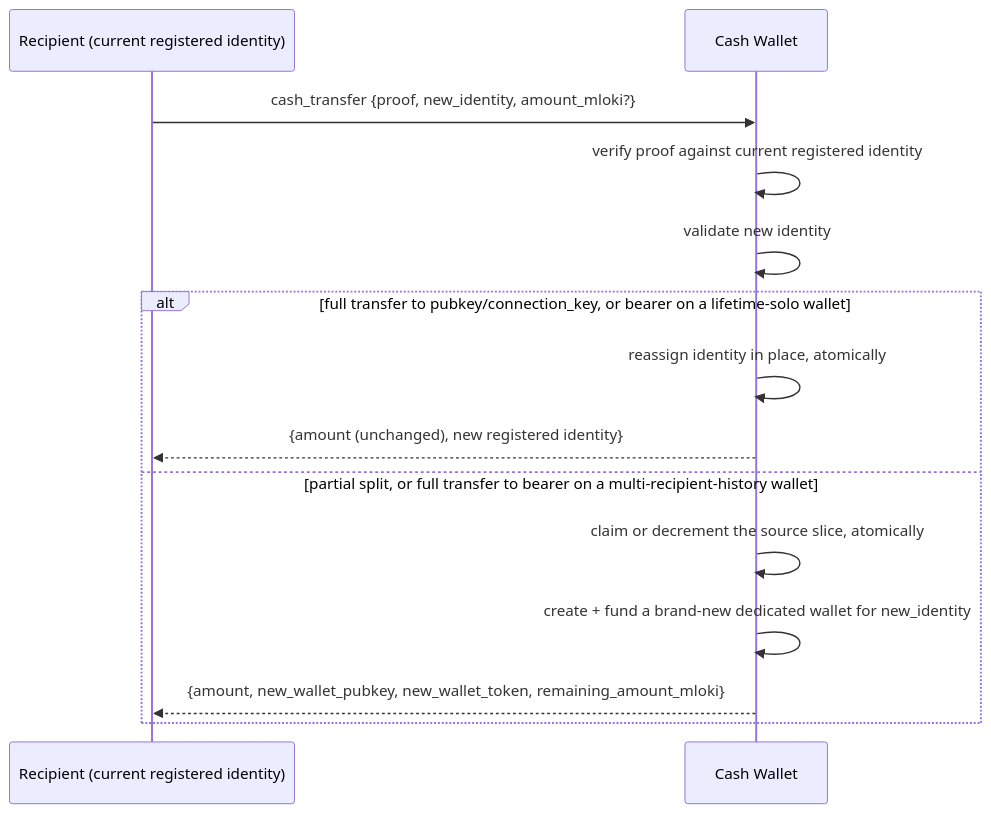
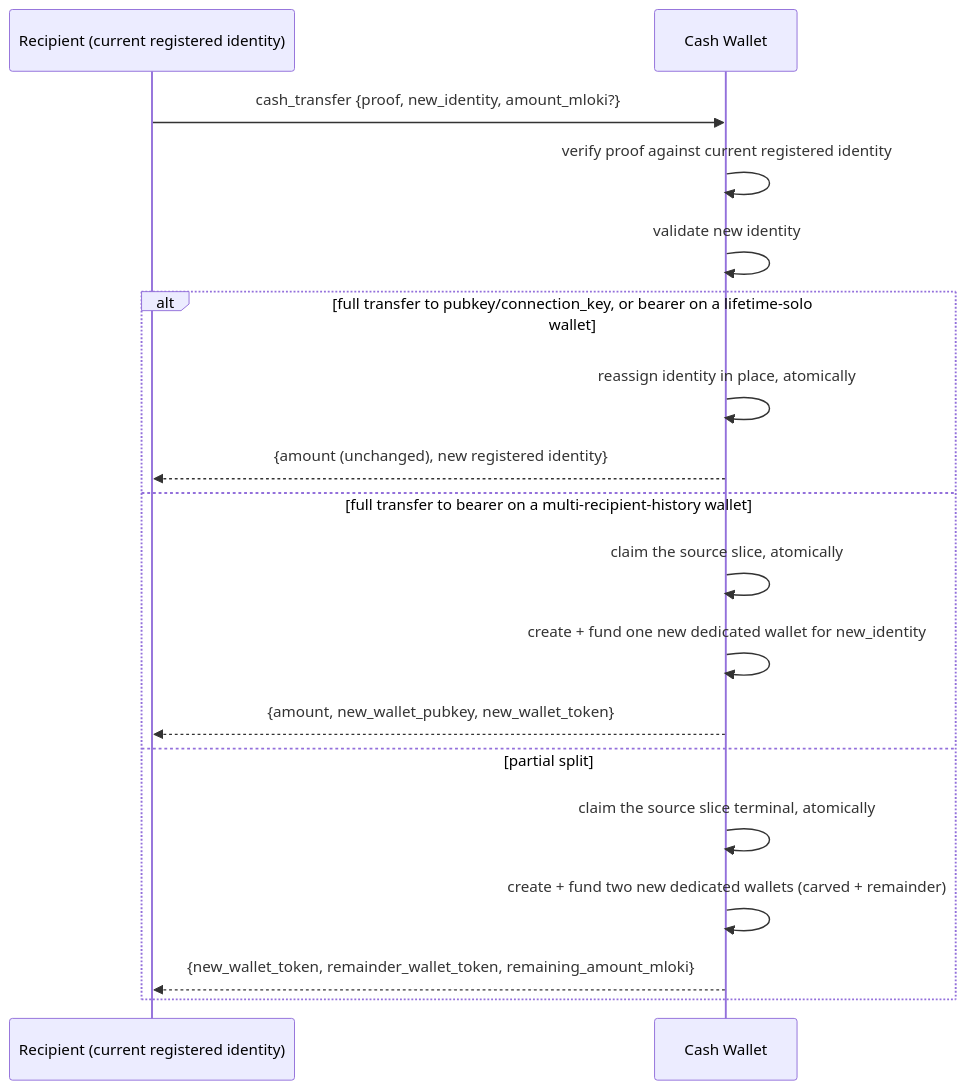
The fourth of 8 diagrams in docs/nips/NIP-CASH.md (flokiorg/lokihub), drawn with Mermaid before and after one commit. The commit also changed other lines of this file and 95 other files, not shown here.

````diff
--- a/docs/nips/NIP-CASH.md
+++ b/docs/nips/NIP-CASH.md
@@ -531,17 +508,21 @@
 ```mermaid
 sequenceDiagram
     participant Caller as Recipient (current registered identity)
     participant Wallet as Cash Wallet
 
     Caller->>Wallet: cash_transfer {proof, new_identity, amount_mloki?}
     Wallet->>Wallet: verify proof against current registered identity
     Wallet->>Wallet: validate new identity
     alt full transfer to pubkey/connection_key, or bearer on a lifetime-solo wallet
         Wallet->>Wallet: reassign identity in place, atomically
         Wallet-->>Caller: {amount (unchanged), new registered identity}
-    else partial split, or full transfer to bearer on a multi-recipient-history wallet
-        Wallet->>Wallet: claim or decrement the source slice, atomically
-        Wallet->>Wallet: create + fund a brand-new dedicated wallet for new_identity
-        Wallet-->>Caller: {amount, new_wallet_pubkey, new_wallet_token, remaining_amount_mloki}
+    else full transfer to bearer on a multi-recipient-history wallet
+        Wallet->>Wallet: claim the source slice, atomically
+        Wallet->>Wallet: create + fund one new dedicated wallet for new_identity
+        Wallet-->>Caller: {amount, new_wallet_pubkey, new_wallet_token}
+    else partial split
+        Wallet->>Wallet: claim the source slice terminal, atomically
+        Wallet->>Wallet: create + fund two new dedicated wallets (carved + remainder)
+        Wallet-->>Caller: {new_wallet_token, remainder_wallet_token, remaining_amount_mloki}
     end
 ```
````
